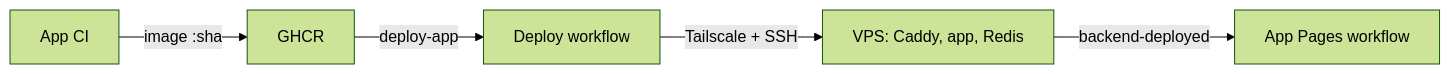
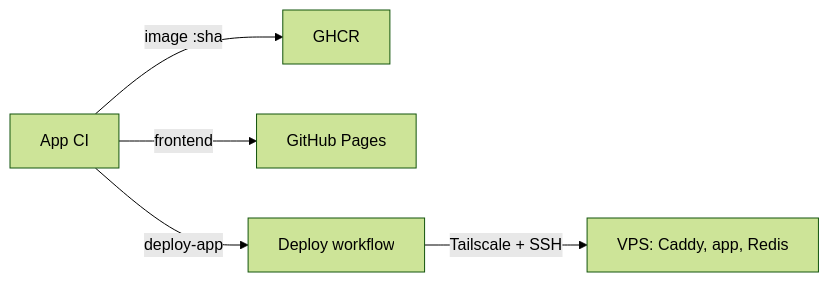
The diagram in README.md (alexandreroman/intothefray-infra), drawn with Mermaid (forest theme) before and after one commit. The commit also changed other lines of this file and 3 other files, not shown here.

First line of the commit message:
Stop telling the app repo about backend deploys

````diff
--- a/README.md
+++ b/README.md
@@ -15,7 +14,7 @@
 ```mermaid
 graph LR
     CI[App CI] -->|image :sha| GHCR[GHCR]
-    GHCR -->|deploy-app| D[Deploy workflow]
+    CI -->|frontend| Pages[GitHub Pages]
+    CI -->|deploy-app| D[Deploy workflow]
     D -->|Tailscale + SSH| VPS[VPS: Caddy, app, Redis]
-    VPS -->|backend-deployed| P[App Pages workflow]
 ```
````
